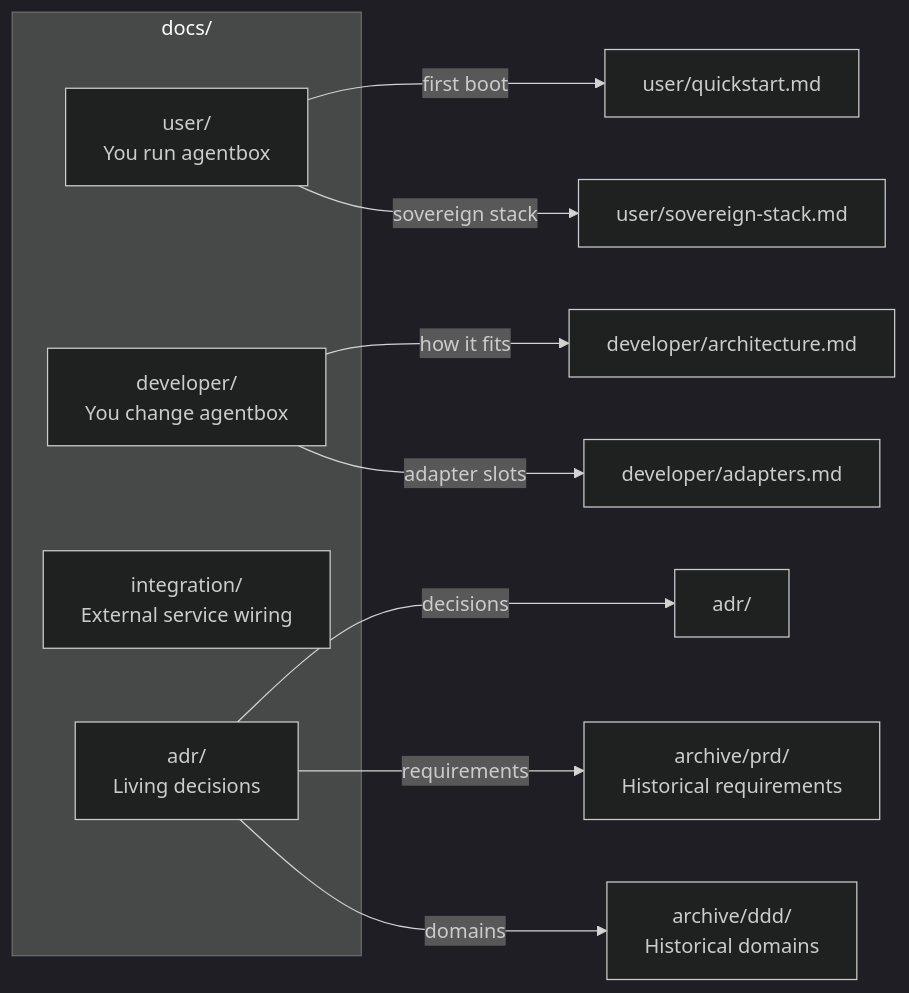
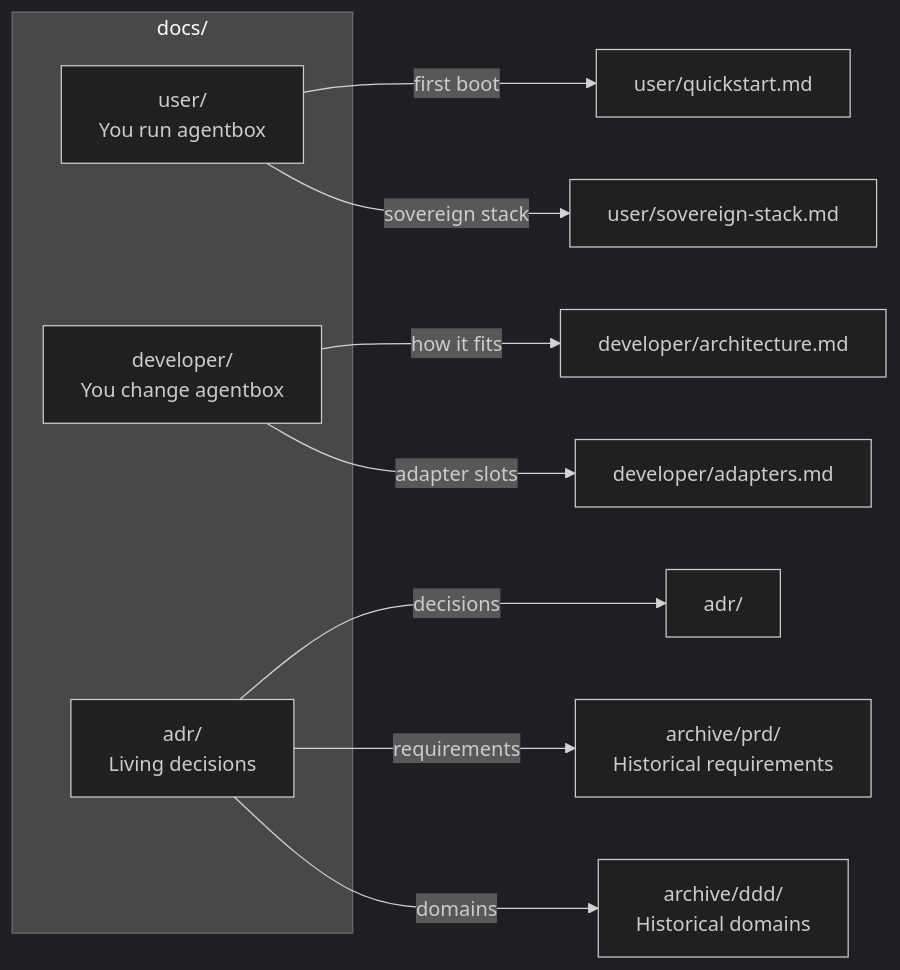
The diagram in docs/README.md (DreamLab-AI/agentbox), drawn with Mermaid (dark theme) before and after one commit. The commit also changed other lines of this file and 89 other files, not shown here.

````diff
--- a/docs/README.md
+++ b/docs/README.md
@@ -9,16 +7,15 @@
 ```mermaid
 flowchart LR
     subgraph docs["docs/"]
         U["user/<br/>You run agentbox"]
         D["developer/<br/>You change agentbox"]
-        I["integration/<br/>External service wiring"]
         R["adr/<br/>Living decisions"]
     end
     U -->|"first boot"| QS["user/quickstart.md"]
     U -->|"sovereign stack"| SS["user/sovereign-stack.md"]
     D -->|"how it fits"| AR["developer/architecture.md"]
     D -->|"adapter slots"| AD["developer/adapters.md"]
     R -->|"decisions"| ADR["adr/"]
     R -->|"requirements"| PRD["archive/prd/<br/>Historical requirements"]
     R -->|"domains"| DDD["archive/ddd/<br/>Historical domains"]
 ```
````
